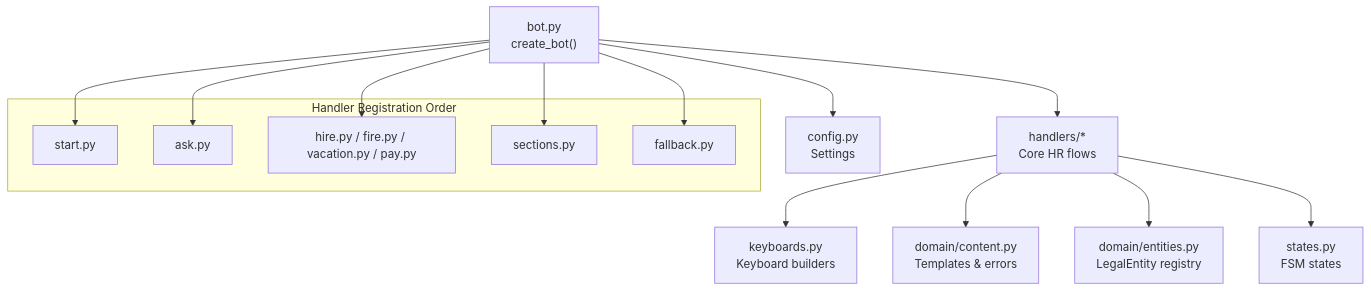
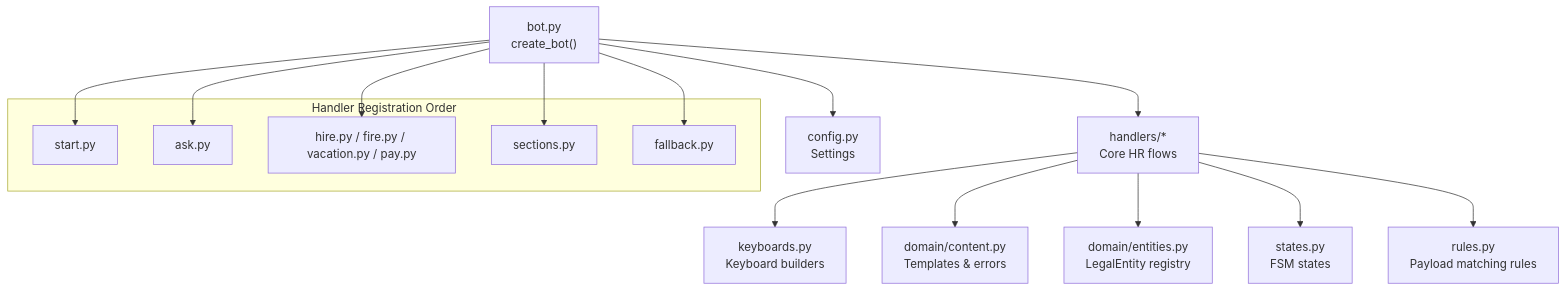
The second of 15 diagrams in .qoder/repowiki/en/content/VK Integration/Employment Lifecycle Management.md (ognelis/cafetera_hr_bot), drawn with Mermaid before and after one commit. The commit also changed other lines of this file and 26 other files, not shown here.

````diff
--- a/.qoder/repowiki/en/content/VK Integration/Employment Lifecycle Management.md
+++ b/.qoder/repowiki/en/content/VK Integration/Employment Lifecycle Management.md
@@ -116,21 +124,22 @@
 ```mermaid
 graph TB
 A["bot.py<br/>create_bot()"] --> B["handlers/*<br/>Core HR flows"]
 B --> C["keyboards.py<br/>Keyboard builders"]
 B --> D["domain/content.py<br/>Templates & errors"]
 B --> E["domain/entities.py<br/>LegalEntity registry"]
 B --> F["states.py<br/>FSM states"]
-A --> G["config.py<br/>Settings"]
+B --> G["rules.py<br/>Payload matching rules"]
+A --> H["config.py<br/>Settings"]
 subgraph "Handler Registration Order"
 O1["start.py"]
 O2["ask.py"]
 O3["hire.py / fire.py / vacation.py / pay.py"]
 O4["sections.py"]
 O5["fallback.py"]
 end
 A --> O1
 A --> O2
 A --> O3
 A --> O4
 A --> O5
 ```
````
